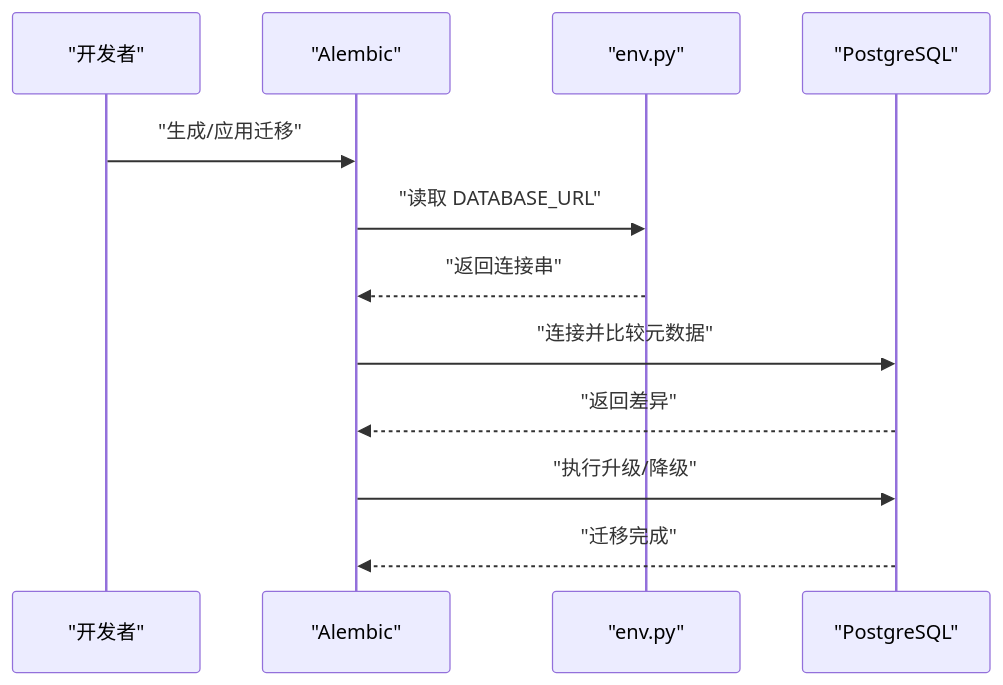
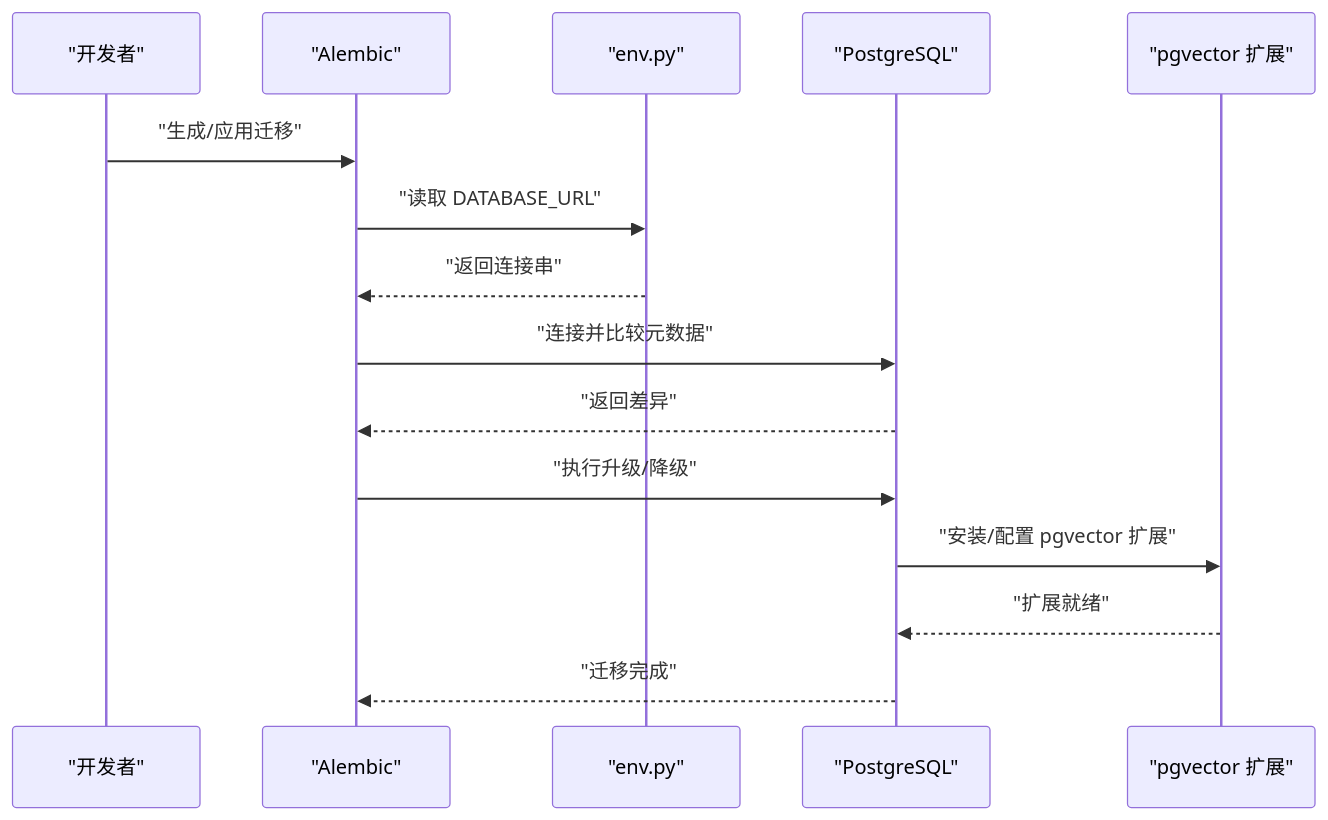
One commit to dream-ze/AI_huoke- changed the sixth of 6 diagrams in .qoder/repowiki/zh/content/数据库设计/数据库设计.md. Above: the diagram before and after it, drawn with Mermaid. The commit also changed other lines of this file and 220 other files, not shown here.

````diff
--- a/.qoder/repowiki/zh/content/数据库设计/数据库设计.md
+++ b/.qoder/repowiki/zh/content/数据库设计/数据库设计.md
@@ -597,14 +897,17 @@
 ```mermaid
 sequenceDiagram
 participant Dev as "开发者"
 participant Alembic as "Alembic"
 participant Env as "env.py"
 participant DB as "PostgreSQL"
+participant PGV as "pgvector 扩展"
 Dev->>Alembic : "生成/应用迁移"
 Alembic->>Env : "读取 DATABASE_URL"
 Env-->>Alembic : "返回连接串"
 Alembic->>DB : "连接并比较元数据"
 DB-->>Alembic : "返回差异"
 Alembic->>DB : "执行升级/降级"
+DB->>PGV : "安装/配置 pgvector 扩展"
+PGV-->>DB : "扩展就绪"
 DB-->>Alembic : "迁移完成"
 ```
````
